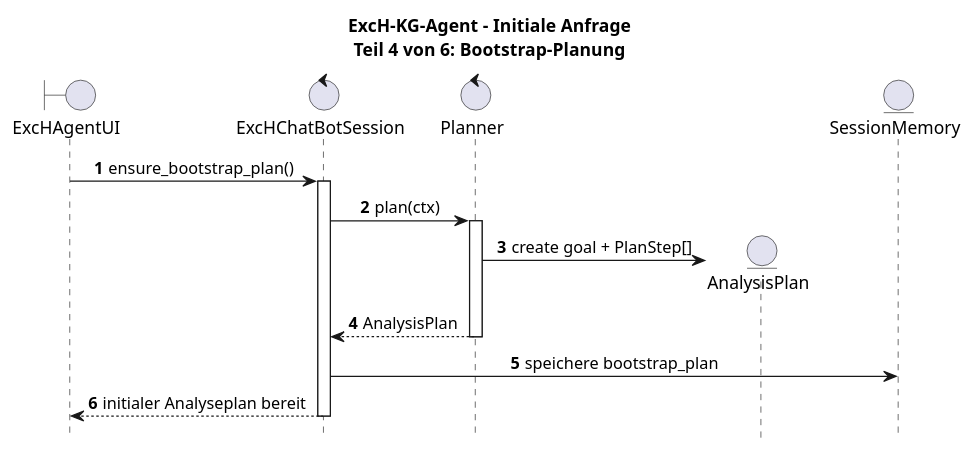
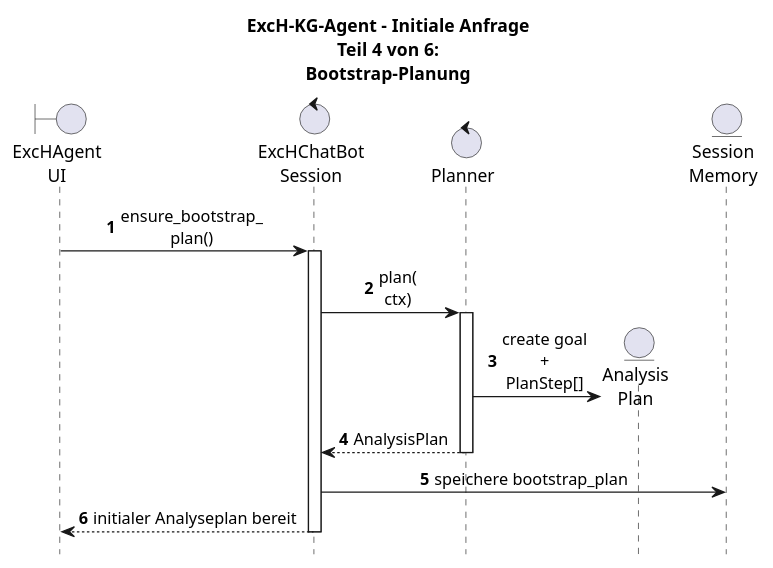
The diagram in UML-Diagrams/ExcH-KG-Agent/Komponenten_ExcH-KG-Agent/06d_seq_bootstrap_plan.plantuml (verkal1999/Agent_Test), drawn with PlantUML before and after one commit. The commit also changed 38 other files, not shown here.

Commit message:
UML-Diagramme svgs erneuert

```diff
--- a/UML-Diagrams/ExcH-KG-Agent/Komponenten_ExcH-KG-Agent/06d_seq_bootstrap_plan.plantuml
+++ b/UML-Diagrams/ExcH-KG-Agent/Komponenten_ExcH-KG-Agent/06d_seq_bootstrap_plan.plantuml
@@ -1,30 +1,30 @@
 @startuml
 
 skinparam shadowing false
 skinparam responseMessageBelowArrow true
 skinparam sequenceMessageAlign center
 hide footbox
 autonumber
 
-title ExcH-KG-Agent - Initiale Anfrage\nTeil 4 von 6: Bootstrap-Planung
+title ExcH-KG-Agent - Initiale Anfrage\nTeil 4 von 6:\nBootstrap-Planung
 
-boundary "ExcHAgentUI" as UI
-control "ExcHChatBotSession" as Session
+boundary "ExcHAgent\nUI" as UI
+control "ExcHChatBot\nSession" as Session
 control "Planner" as Planner
-entity "AnalysisPlan" as Plan
-entity "SessionMemory" as Memory
+entity "Analysis\nPlan" as Plan
+entity "Session\nMemory" as Memory
 
-UI -> Session : ensure_bootstrap_plan()
+UI -> Session : ensure_bootstrap_\nplan()
 activate Session
-Session -> Planner : plan(ctx)
+Session -> Planner : plan(\nctx)
 activate Planner
 create Plan
-Planner -> Plan : create goal + PlanStep[]
+Planner -> Plan : create goal\n+\nPlanStep[]
 Planner --> Session : AnalysisPlan
 deactivate Planner
 
 Session -> Memory : speichere bootstrap_plan
 Session --> UI : initialer Analyseplan bereit
 deactivate Session
 
 @enduml
```
